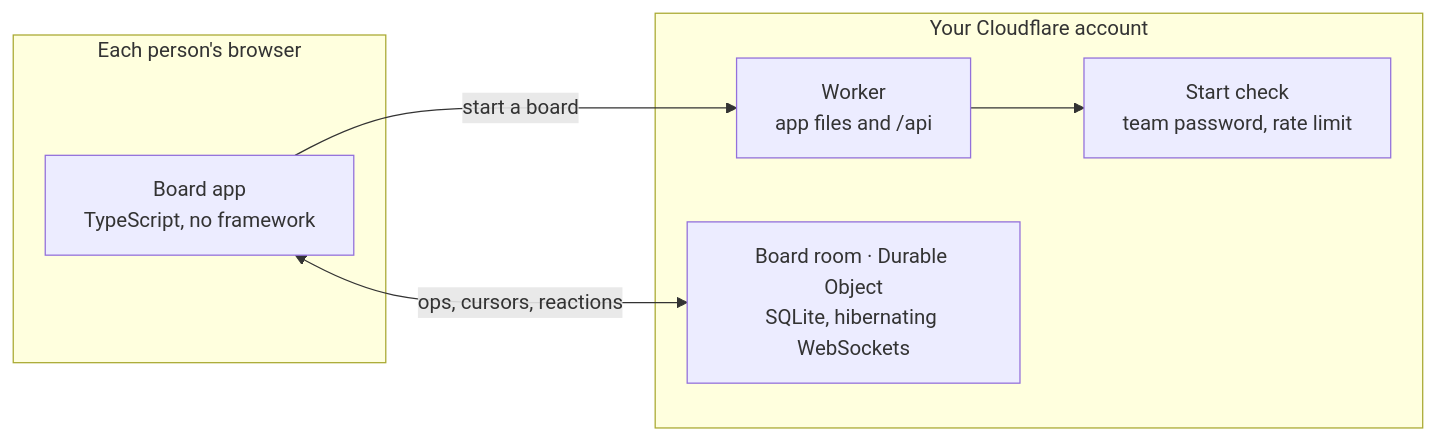
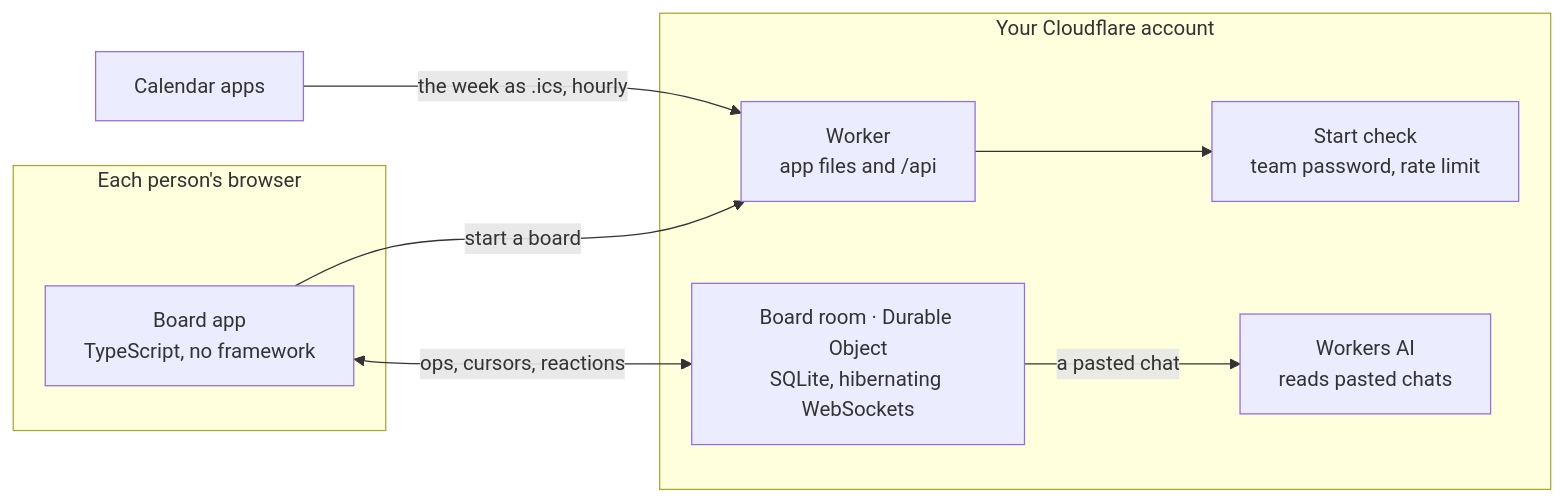
Before and after one commit to s045pd/longtable: the diagram in README.md, drawn with Mermaid. The commit also changed other lines of this file and 22 other files, not shown here.

````diff
--- a/README.md
+++ b/README.md
@@ -206,14 +239,18 @@
 ```mermaid
 flowchart LR
   subgraph browser [Each person's browser]
     app["Board app<br/>TypeScript, no framework"]
   end
   subgraph cf [Your Cloudflare account]
     worker["Worker<br/>app files and /api"]
     gate["Start check<br/>team password, rate limit"]
     room["Board room · Durable Object<br/>SQLite, hibernating WebSockets"]
+    ai["Workers AI<br/>reads pasted chats"]
   end
+  cal["Calendar apps"]
   app -- "start a board" --> worker
   worker --> gate
   app <-- "ops, cursors, reactions" --> room
+  room -- "a pasted chat" --> ai
+  cal -- "the week as .ics, hourly" --> worker
 ```
````
